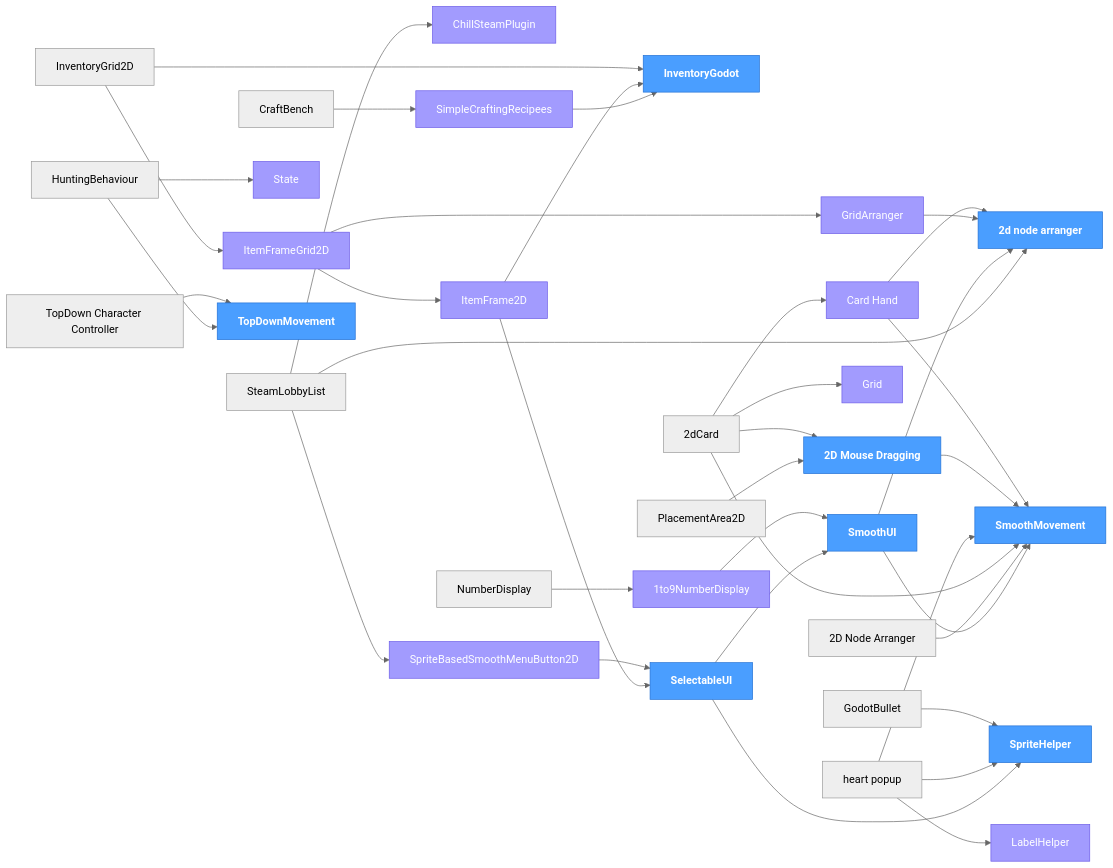
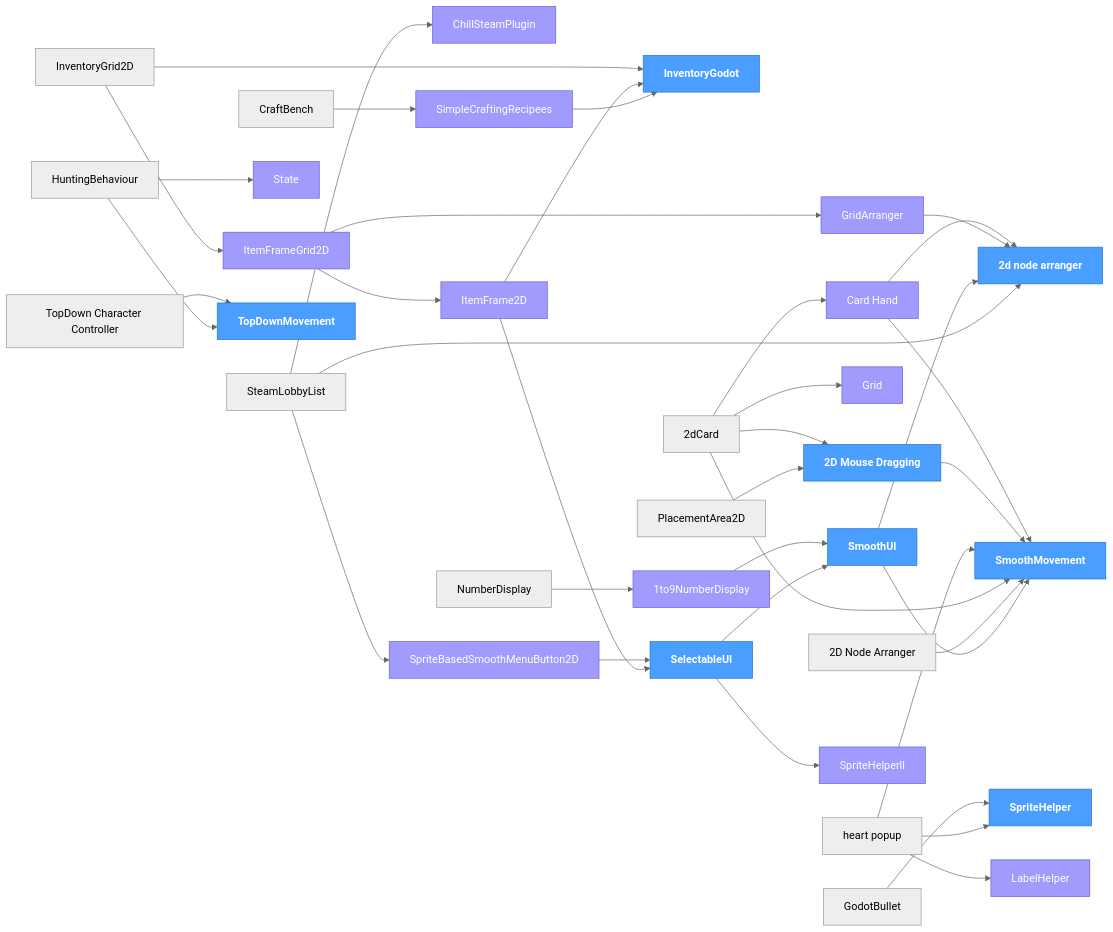
One commit to ChillCube/.github changed the diagram in ADDONS.md. Above: the diagram before and after it, drawn with Mermaid (neutral theme). The commit also changed other lines of this file, not shown here.

Commit message:
registry: update dependency tree

```diff
--- a/ADDONS.md
+++ b/ADDONS.md
@@ -153,6 +154,7 @@
     SimpleCraftingRecipees["SimpleCraftingRecipees"]
     SmoothUI["SmoothUI"]
     SpriteHelper["SpriteHelper"]
+    SpriteHelperll["SpriteHelperll"]
     State["State"]
     SteamLobbyList["SteamLobbyList"]
     TopDownMovement["TopDownMovement"]
@@ -185,7 +187,7 @@
     NumberDisplay --> n_1to9NumberDisplay
     PlacementArea2D --> Godot_2D_Mouse_Dragging
     SelectableUI --> SmoothUI
-    SelectableUI --> SpriteHelper
+    SelectableUI --> SpriteHelperll
     SimpleCraftingRecipees --> InventoryGodot
     SmoothUI --> Godot_SmoothMovement
     SmoothUI --> n_2d_node_arranger
@@ -210,6 +212,7 @@
     class SimpleCraftingRecipees shared
     class SmoothUI core
     class SpriteHelper core
+    class SpriteHelperll shared
     class State shared
     class TopDownMovement core
 
@@ -240,6 +243,7 @@
     click SimpleCraftingRecipees href "https://github.com/ChillCube/SimpleCraftingRecipees" _blank
     click SmoothUI href "https://github.com/ChillCube/SmoothUI" _blank
     click SpriteHelper href "https://github.com/ChillCube/SpriteHelper" _blank
+    click SpriteHelperll href "https://github.com/ChillCube/SpriteHelperll" _blank
     click State href "https://github.com/ChillCube/State" _blank
     click SteamLobbyList href "https://github.com/ChillCube/SteamLobbyList" _blank
     click TopDownMovement href "https://github.com/ChillCube/TopDownMovement" _blank
```
